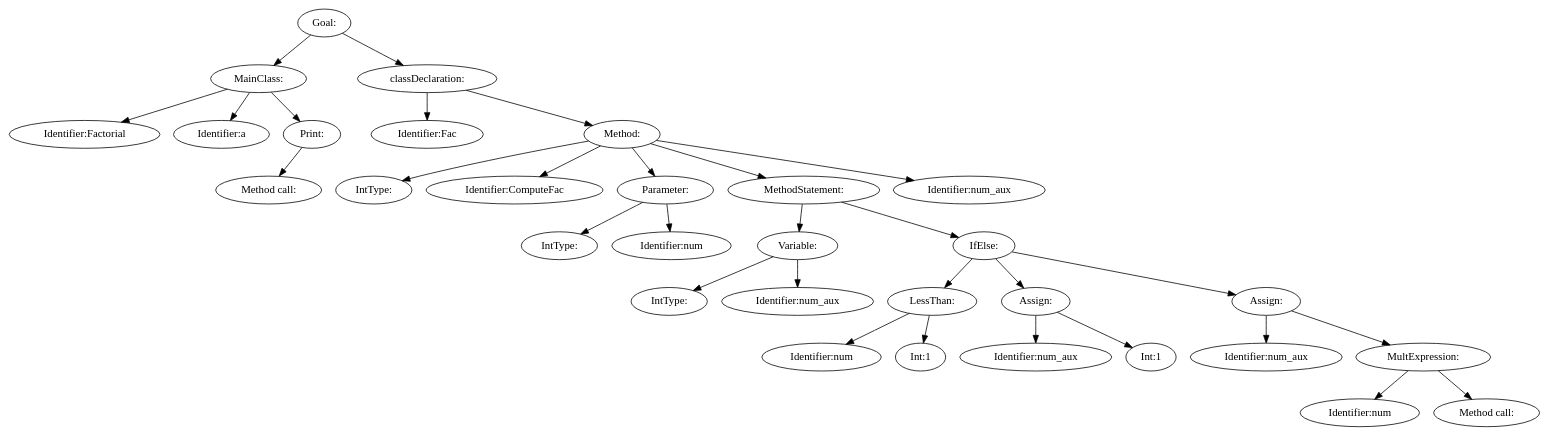
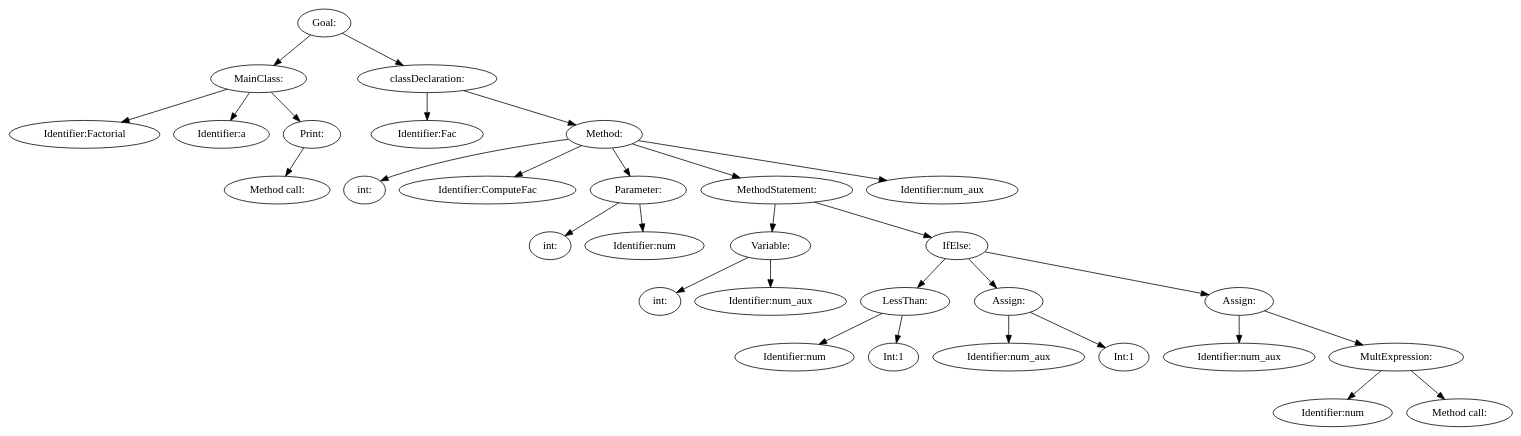
One commit to moondog-matthew/compiler-dv1655 changed the diagram in lab2/tree.dot. Above: the diagram before and after it, drawn with Graphviz. The commit also changed 8 other files, not shown here.

```diff
--- a/lab2/tree.dot
+++ b/lab2/tree.dot
@@ -1,63 +1,63 @@
 digraph {
 n0 [label="Goal:"];
 n1 [label="MainClass:"];
 n2 [label="Identifier:Factorial"];
 n1 -> n2
 n3 [label="Identifier:a"];
 n1 -> n3
 n4 [label="Print:"];
 n5 [label="Method call:"];
 n4 -> n5
 n1 -> n4
 n0 -> n1
 n6 [label="classDeclaration:"];
 n7 [label="Identifier:Fac"];
 n6 -> n7
 n8 [label="Method:"];
-n9 [label="IntType:"];
+n9 [label="int:"];
 n8 -> n9
 n10 [label="Identifier:ComputeFac"];
 n8 -> n10
 n11 [label="Parameter:"];
-n12 [label="IntType:"];
+n12 [label="int:"];
 n11 -> n12
 n13 [label="Identifier:num"];
 n11 -> n13
 n8 -> n11
 n14 [label="MethodStatement:"];
 n15 [label="Variable:"];
-n16 [label="IntType:"];
+n16 [label="int:"];
 n15 -> n16
 n17 [label="Identifier:num_aux"];
 n15 -> n17
 n14 -> n15
 n18 [label="IfElse:"];
 n19 [label="LessThan:"];
 n20 [label="Identifier:num"];
 n19 -> n20
 n21 [label="Int:1"];
 n19 -> n21
 n18 -> n19
 n22 [label="Assign:"];
 n23 [label="Identifier:num_aux"];
 n22 -> n23
 n24 [label="Int:1"];
 n22 -> n24
 n18 -> n22
 n25 [label="Assign:"];
 n26 [label="Identifier:num_aux"];
 n25 -> n26
 n27 [label="MultExpression:"];
 n28 [label="Identifier:num"];
 n27 -> n28
 n29 [label="Method call:"];
 n27 -> n29
 n25 -> n27
 n18 -> n25
 n14 -> n18
 n8 -> n14
 n30 [label="Identifier:num_aux"];
 n8 -> n30
 n6 -> n8
 n0 -> n6
 }
```
